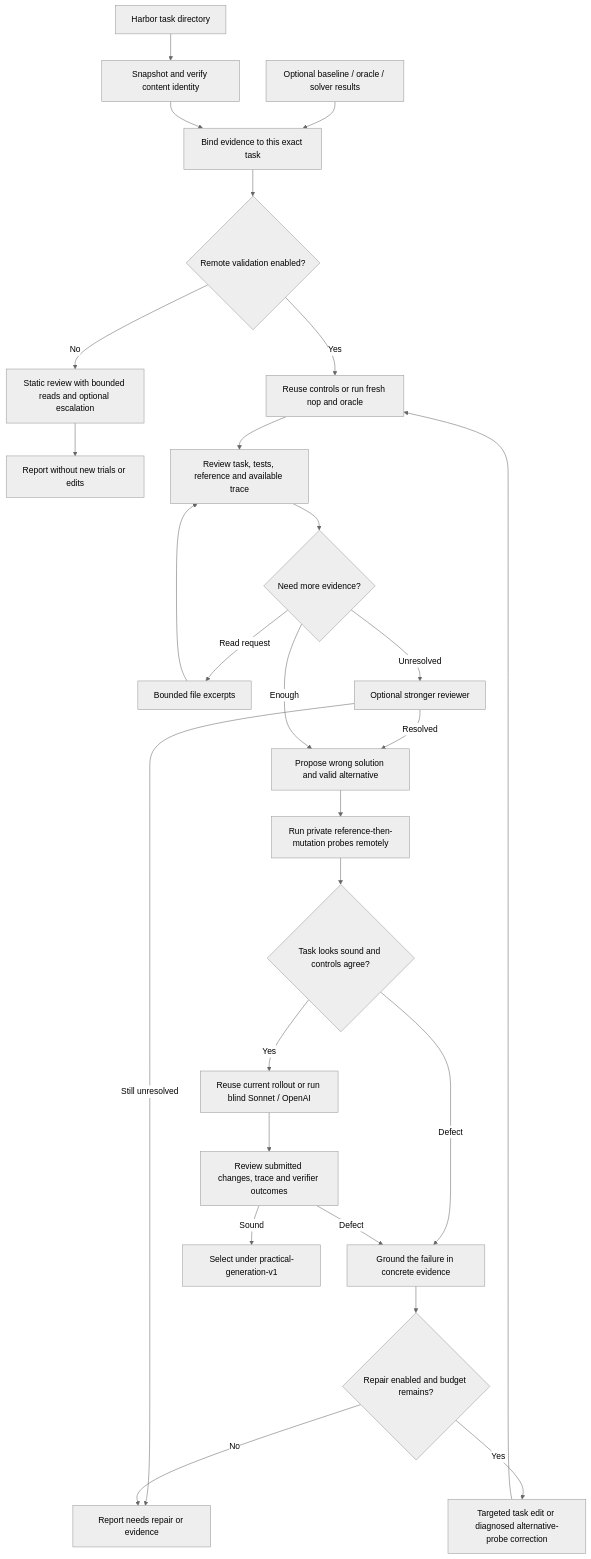
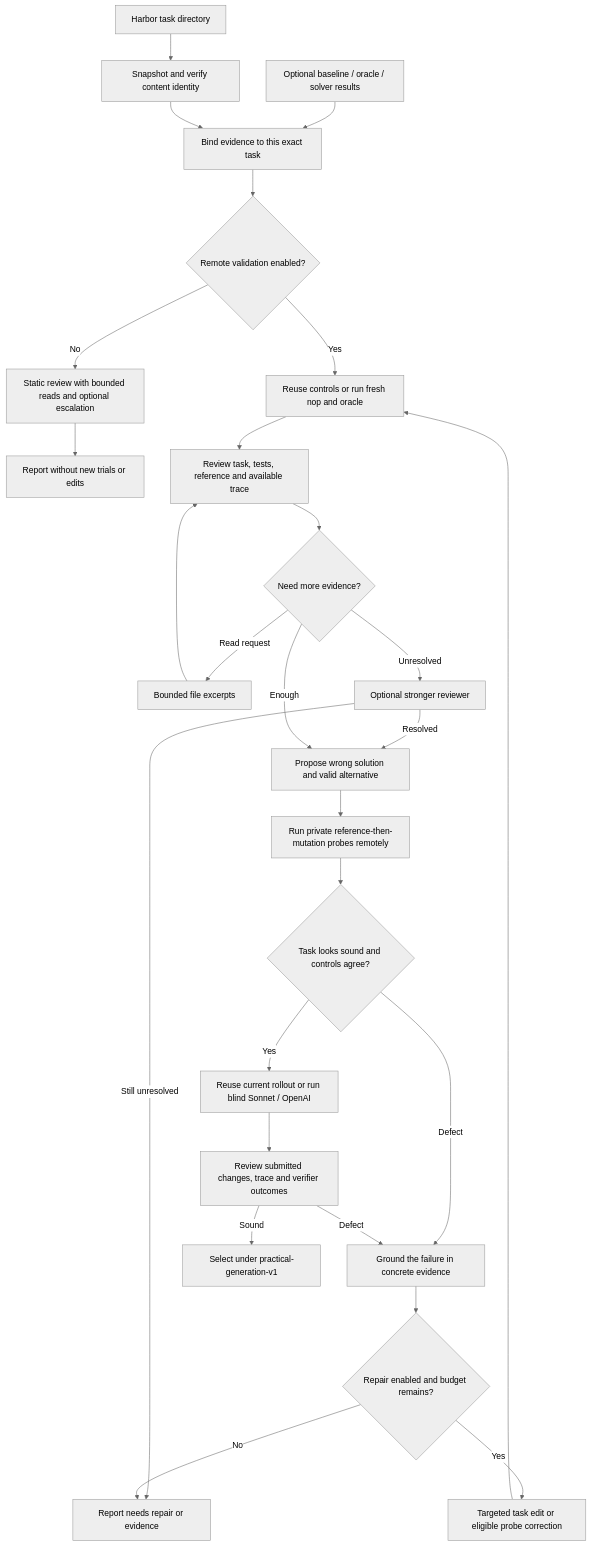
The diagram in docs/pipelines/quality_loop.md (huggingface/Repo2RLEnv), drawn with Mermaid (neutral theme) before and after one commit. The commit also changed other lines of this file and 17 other files, not shown here.

````diff
--- a/docs/pipelines/quality_loop.md
+++ b/docs/pipelines/quality_loop.md
@@ -13,29 +13,29 @@
 ```mermaid
 flowchart TD
     A[Harbor task directory] --> B[Snapshot and verify content identity]
     E[Optional baseline / oracle / solver results] --> C[Bind evidence to this exact task]
     B --> C
     C --> D{Remote validation enabled?}
     D -->|Yes| F[Reuse controls or run fresh nop and oracle]
     D -->|No| U[Static review with bounded reads and optional escalation]
     U --> V[Report without new trials or edits]
     F --> G[Review task, tests, reference and available trace]
     G --> H{Need more evidence?}
     H -->|Read request| I[Bounded file excerpts]
     I --> G
     H -->|Unresolved| J[Optional stronger reviewer]
     J -->|Resolved| K
     J -->|Still unresolved| S
     H -->|Enough| K[Propose wrong solution and valid alternative]
     K --> L[Run private reference-then-mutation probes remotely]
     L --> M{Task looks sound and controls agree?}
     M -->|Yes| N[Reuse current rollout or run blind Sonnet / OpenAI]
     N --> O[Review submitted changes, trace and verifier outcomes]
     M -->|Defect| P[Ground the failure in concrete evidence]
     O -->|Defect| P
     P --> Q{Repair enabled and budget remains?}
-    Q -->|Yes| R[Targeted task edit or diagnosed alternative-probe correction]
+    Q -->|Yes| R[Targeted task edit or eligible probe correction]
     R --> F
     Q -->|No| S[Report needs repair or evidence]
     O -->|Sound| T[Select under practical-generation-v1]
 ```
````
